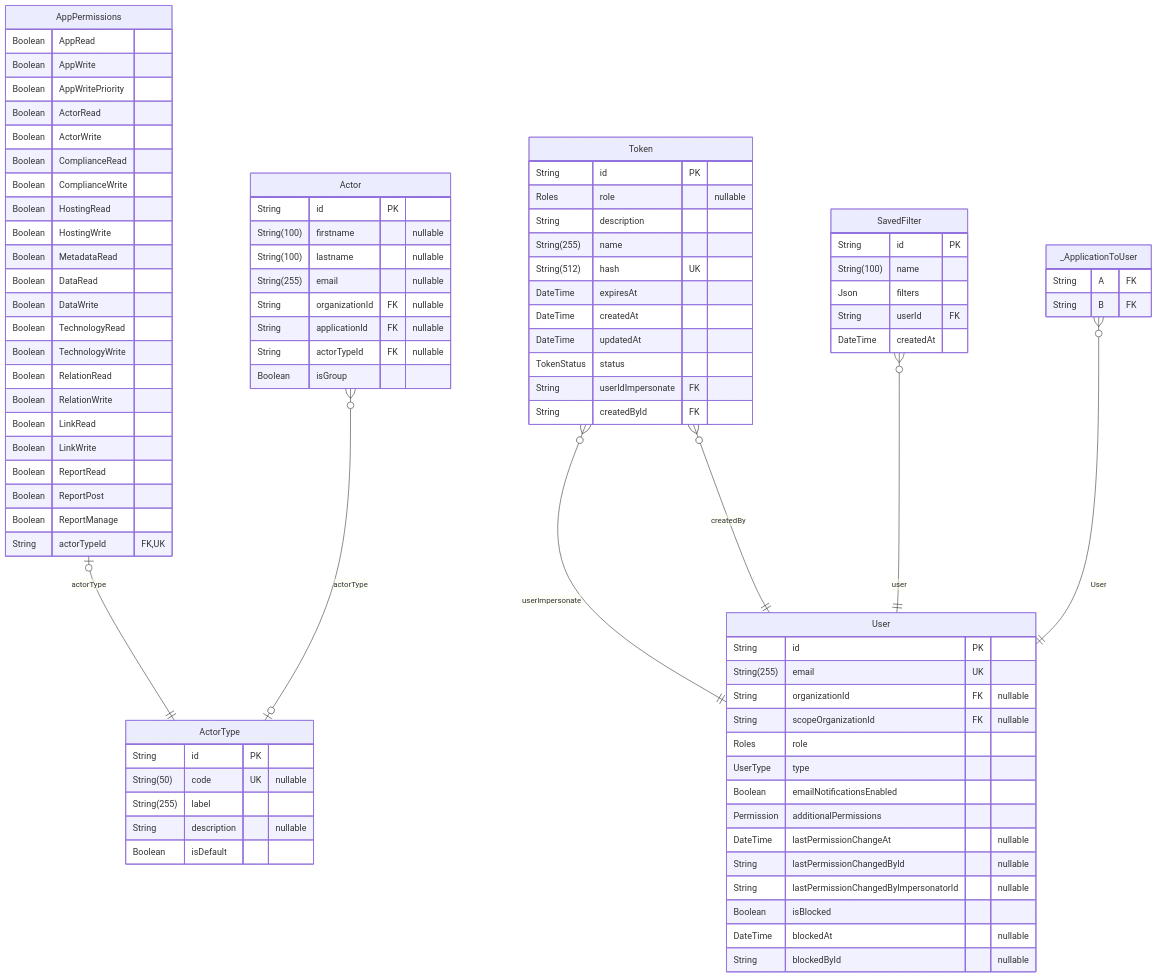
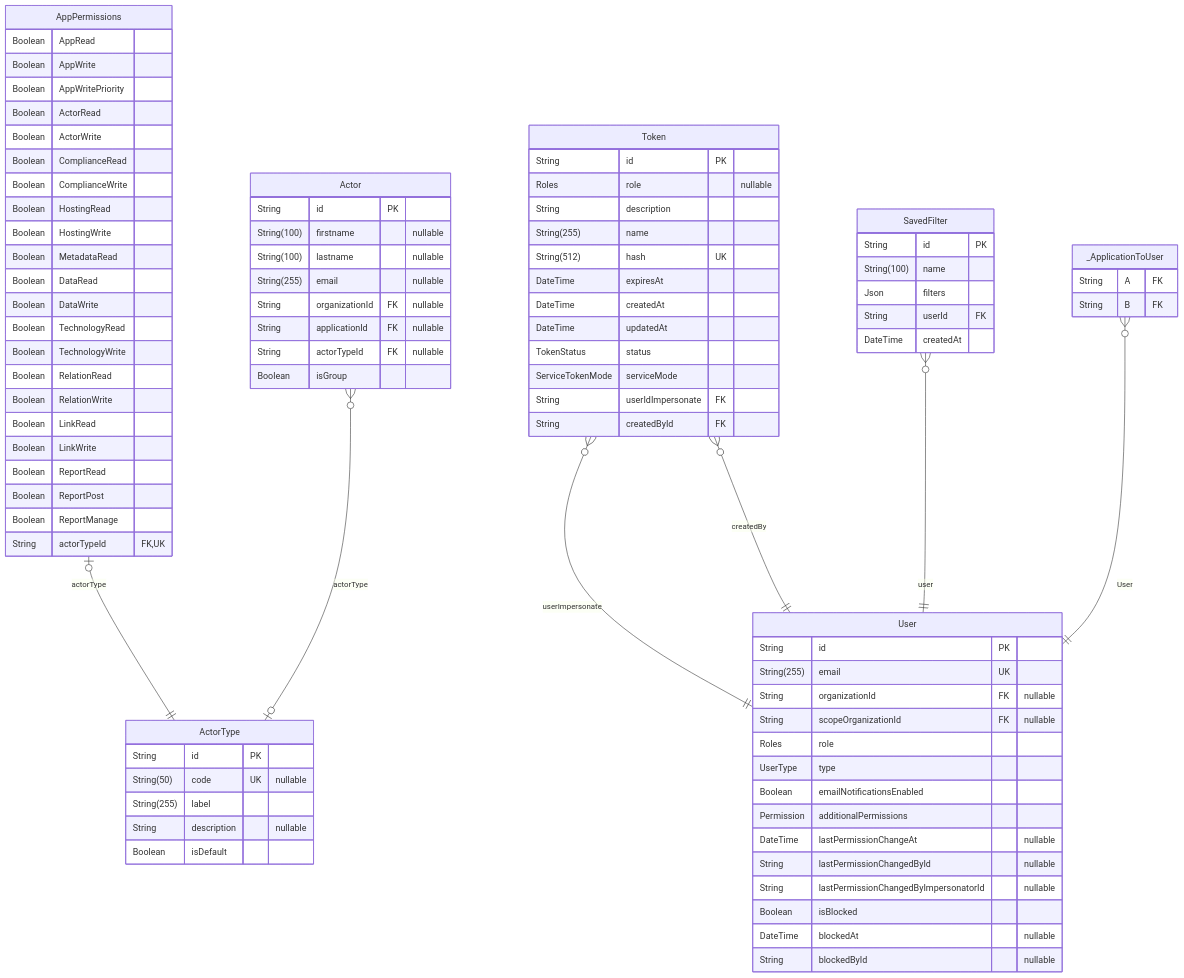
Before and after one commit to dnum-mi/referentiel-applications: the tenth of 15 diagrams in backend/prisma/docs/schema.md, drawn with Mermaid. The commit also changed other lines of this file and 17 other files, not shown here.

Commit message:
feat: add explicit service token modes

```diff
--- a/backend/prisma/docs/schema.md
+++ b/backend/prisma/docs/schema.md
@@ -908,6 +908,7 @@
   DateTime createdAt
   DateTime updatedAt
   TokenStatus status
+  ServiceTokenMode serviceMode
   String userIdImpersonate FK
   String createdById FK
 }
```
